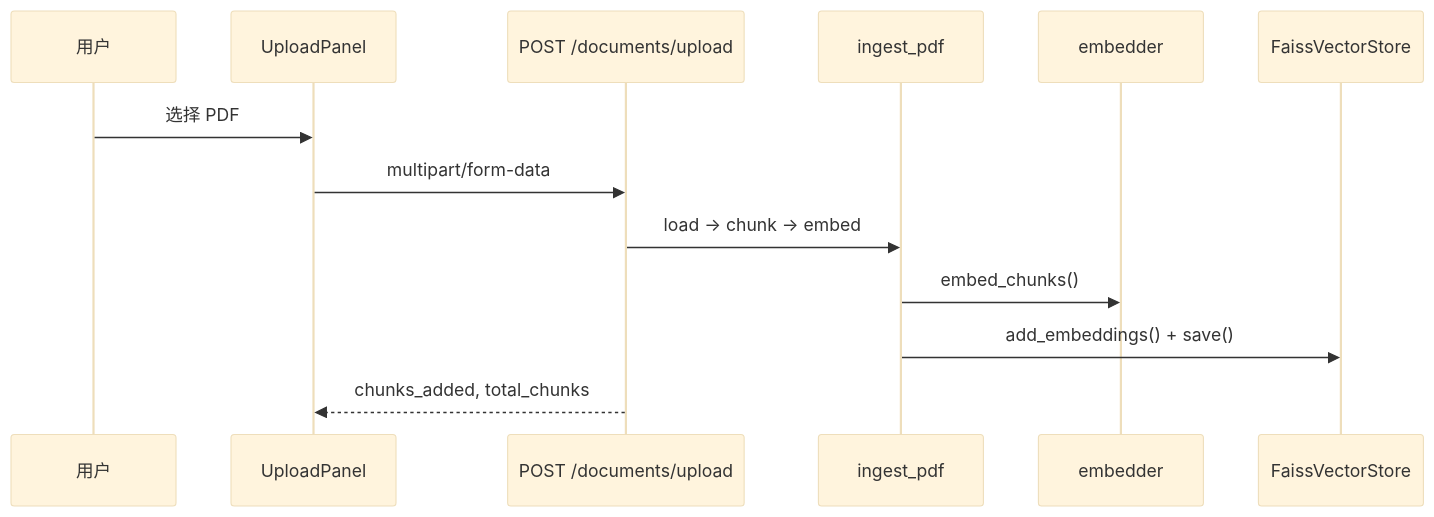
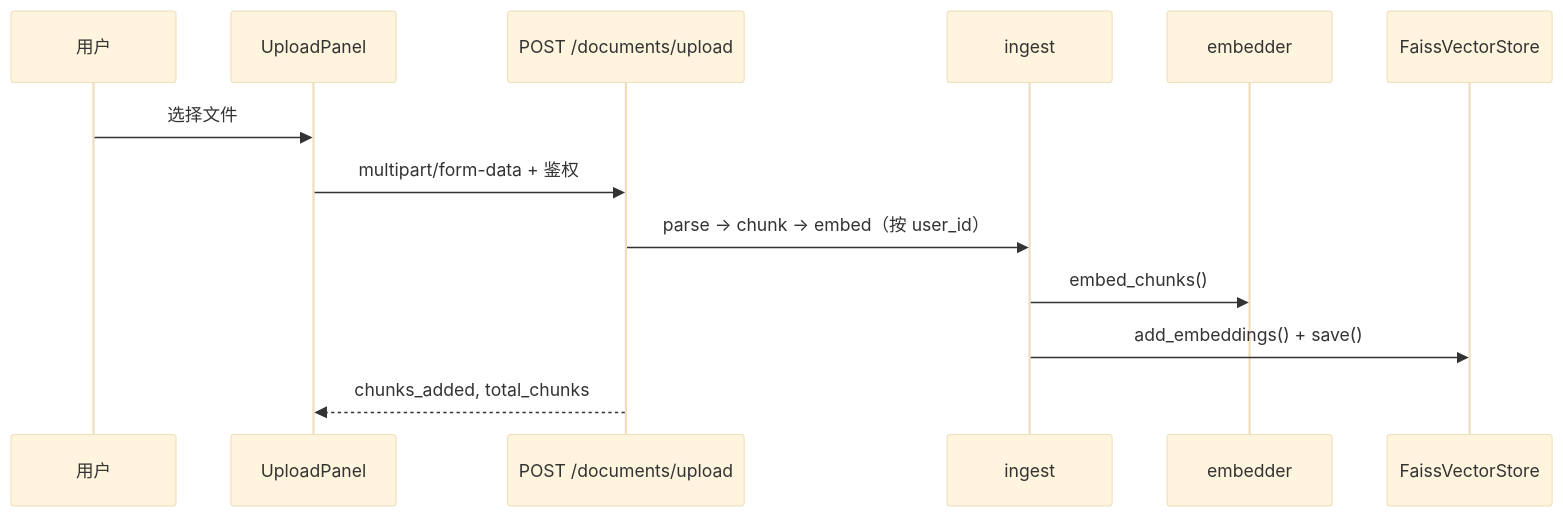
One commit to fff2817/agent changed the second of 2 diagrams in docs/architecture.md. Above: the diagram before and after it, drawn with Mermaid (base theme). The commit also changed other lines of this file and 146 other files, not shown here.

````diff
--- a/docs/architecture.md
+++ b/docs/architecture.md
@@ -153,16 +208,16 @@
 ```mermaid
 sequenceDiagram
     participant U as 用户
     participant FE as UploadPanel
     participant API as POST /documents/upload
-    participant ING as ingest_pdf
+    participant ING as ingest
     participant EMB as embedder
     participant VS as FaissVectorStore
 
-    U->>FE: 选择 PDF
-    FE->>API: multipart/form-data
-    API->>ING: load → chunk → embed
+    U->>FE: 选择文件
+    FE->>API: multipart/form-data + 鉴权
+    API->>ING: parse → chunk → embed（按 user_id）
     ING->>EMB: embed_chunks()
     ING->>VS: add_embeddings() + save()
     API-->>FE: chunks_added, total_chunks
 ```
````
